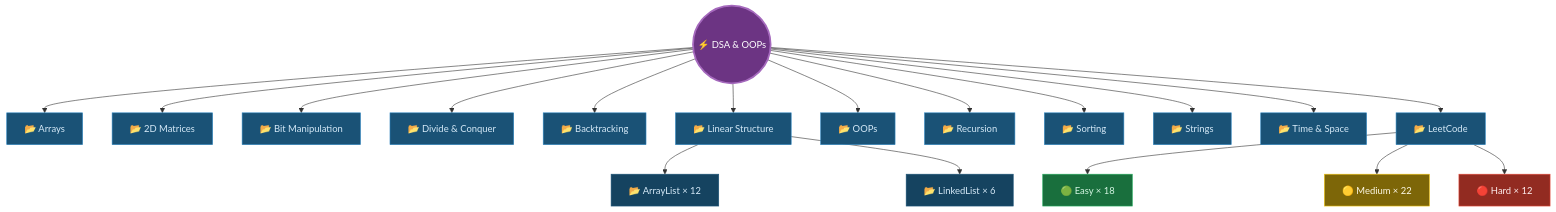
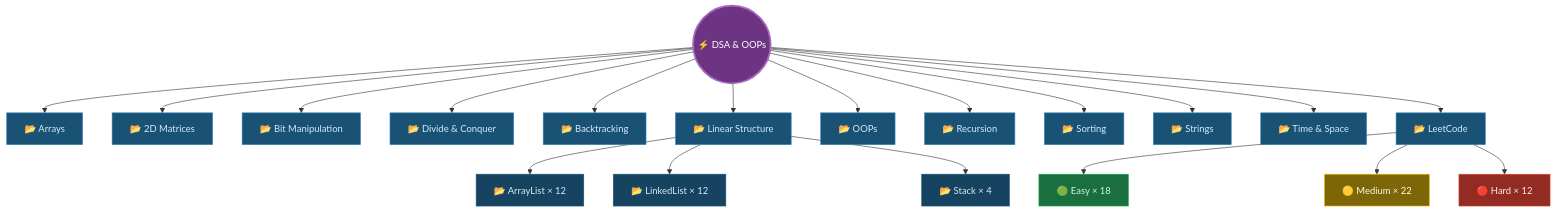
The second of 2 diagrams in README.md (raghuvanshi-sec/DSA), drawn with Mermaid before and after one commit. The commit also changed other lines of this file and 11 other files, not shown here.

Commit message:
addded stack implementation and linked list

````diff
--- a/README.md
+++ b/README.md
@@ -81,43 +81,45 @@
 ```mermaid
     flowchart TD
     R(("⚡ DSA & OOPs"))
 
     R --> A["📂 Arrays"]
     R --> M["📂 2D Matrices"]
     R --> B["📂 Bit Manipulation"]
     R --> DC["📂 Divide & Conquer"]
     R --> BK["📂 Backtracking"]
     R --> LS["📂 Linear Structure"]
     R --> O["📂 OOPs"]
     R --> REC["📂 Recursion"]
     R --> S["📂 Sorting"]
     R --> ST["📂 Strings"]
     R --> TS["📂 Time & Space"]
     R --> LC["📂 LeetCode"]
 
     LS --> AL["📂 ArrayList × 12"]
-    LS --> LL["📂 LinkedList × 6"]
+    LS --> LL["📂 LinkedList × 12"]
+    LS --> STK["📂 Stack × 4"]
 
     LC --> E["🟢 Easy × 18"]
     LC --> MD["🟡 Medium × 22"]
     LC --> H["🔴 Hard × 12"]
 
     style R fill:#6c3483,stroke:#a569bd,stroke-width:3px,color:#fff
     style A fill:#1a5276,stroke:#2e86c1,color:#d6eaf8
     style M fill:#1a5276,stroke:#2e86c1,color:#d6eaf8
     style B fill:#1a5276,stroke:#2e86c1,color:#d6eaf8
     style DC fill:#1a5276,stroke:#2e86c1,color:#d6eaf8
     style BK fill:#1a5276,stroke:#2e86c1,color:#d6eaf8
     style LS fill:#1a5276,stroke:#2e86c1,color:#d6eaf8
     style AL fill:#154360,stroke:#1a5276,color:#d6eaf8
     style LL fill:#154360,stroke:#1a5276,color:#d6eaf8
+    style STK fill:#154360,stroke:#1a5276,color:#d6eaf8
     style O fill:#1a5276,stroke:#2e86c1,color:#d6eaf8
     style REC fill:#1a5276,stroke:#2e86c1,color:#d6eaf8
     style S fill:#1a5276,stroke:#2e86c1,color:#d6eaf8
     style ST fill:#1a5276,stroke:#2e86c1,color:#d6eaf8
     style TS fill:#1a5276,stroke:#2e86c1,color:#d6eaf8
     style LC fill:#1a5276,stroke:#2e86c1,color:#d6eaf8
     style E fill:#196f3d,stroke:#27ae60,color:#d5f5e3
     style MD fill:#7d6608,stroke:#f1c40f,color:#fef9e7
     style H fill:#922b21,stroke:#e74c3c,color:#fdedec
 ```
````
